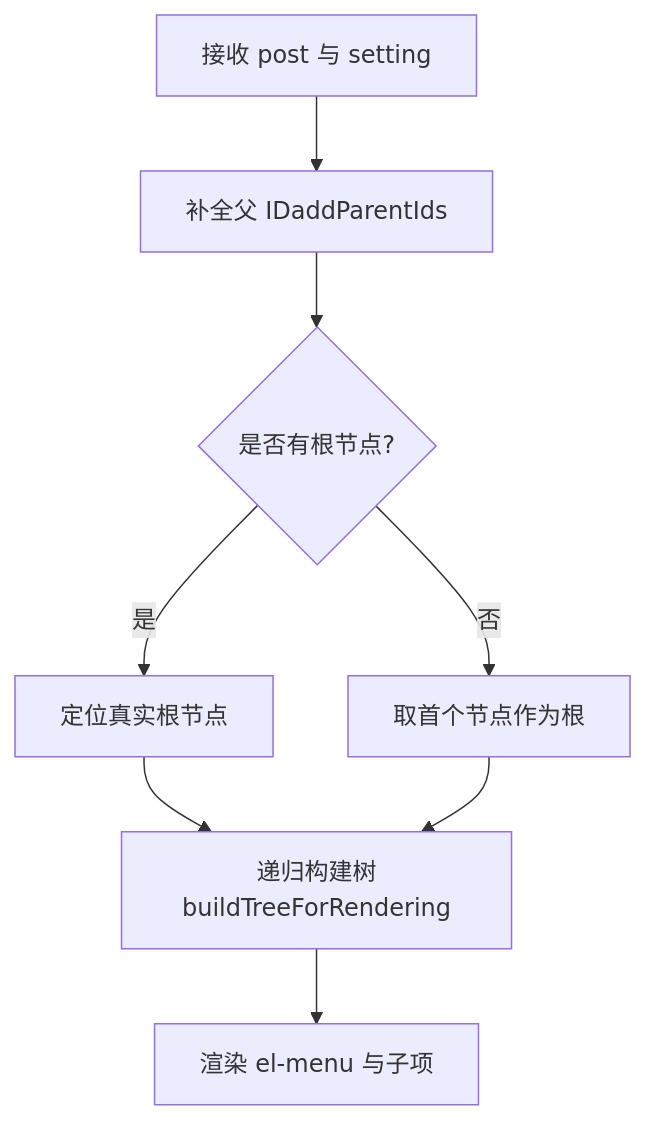
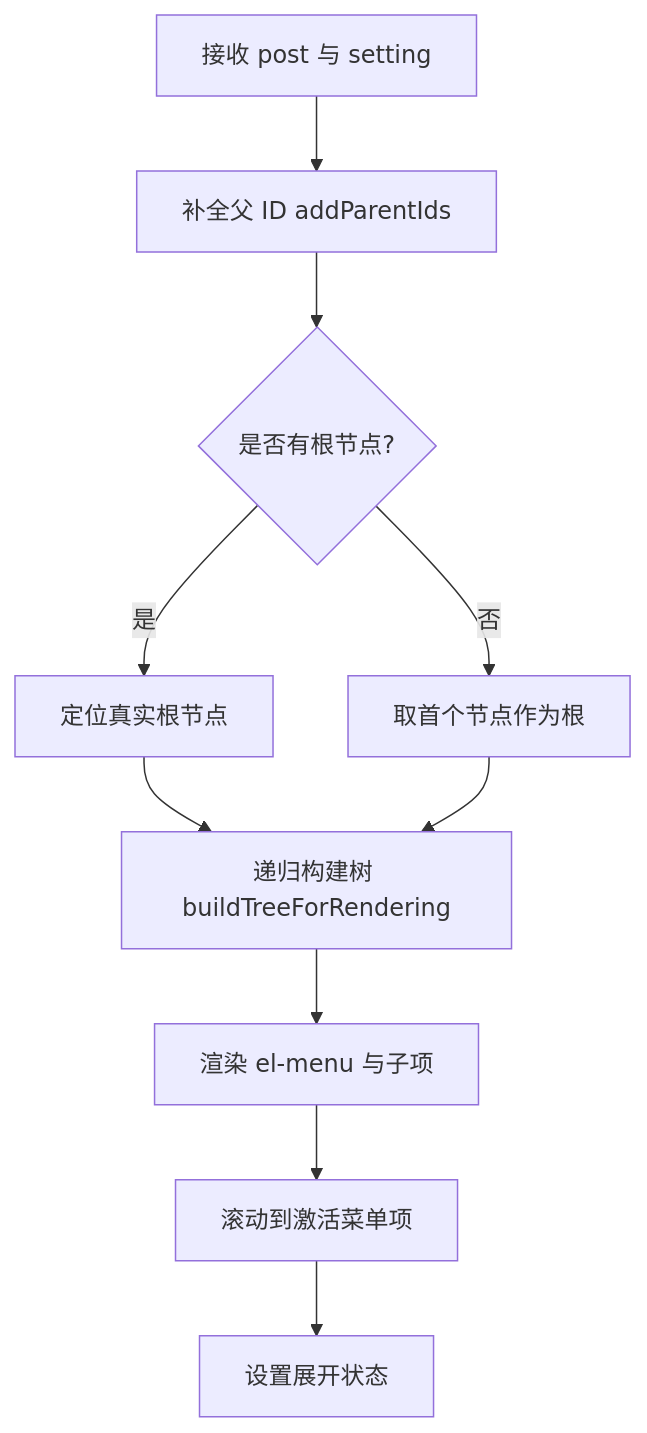
Before and after one commit to terwer/siyuan-plugin-blog: the fifth of 10 diagrams in .qoder/repowiki/zh/content/核心功能/UI 组件系统/UI 组件系统.md, drawn with Mermaid. The commit also changed other lines of this file and 3 other files, not shown here.

````diff
--- a/.qoder/repowiki/zh/content/核心功能/UI 组件系统/UI 组件系统.md
+++ b/.qoder/repowiki/zh/content/核心功能/UI 组件系统/UI 组件系统.md
@@ -275,10 +327,12 @@
 ```mermaid
 flowchart TD
-A["接收 post 与 setting"] --> B["补全父 IDaddParentIds"]
+A["接收 post 与 setting"] --> B["补全父 ID addParentIds"]
 B --> C{"是否有根节点?"}
 C --> |是| D["定位真实根节点"]
 C --> |否| E["取首个节点作为根"]
-D --> F["递归构建树buildTreeForRendering"]
+D --> F["递归构建树 buildTreeForRendering"]
 E --> F
 F --> G["渲染 el-menu 与子项"]
+G --> H["滚动到激活菜单项"]
+H --> I["设置展开状态"]
 ```
````
